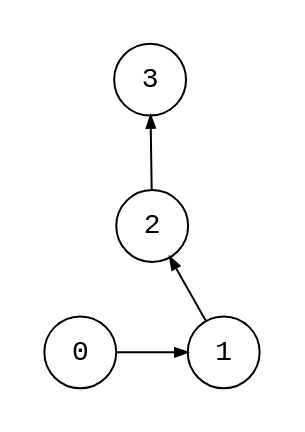
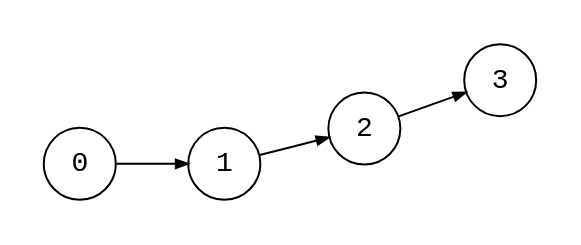
Before and after one commit to bsdrks/graaf-images: the diagram in src/path_4.dot, drawn with Graphviz. The commit also changed 5 other files, not shown here.

```diff
--- a/src/path_4.dot
+++ b/src/path_4.dot
@@ -1,12 +1,12 @@
 digraph {
     node [shape=circle, fontname="monospace"; fixedsize=true, width="0.5"];
     edge [arrowsize=0.6];
     layout=neato;
+    mode="sgd";
     normalize=true;
     pad=0.2;
 
     0 -> 1;
     1 -> 2;
     2 -> 3;
-    0 -> 2 [style=invis];
 }
```
